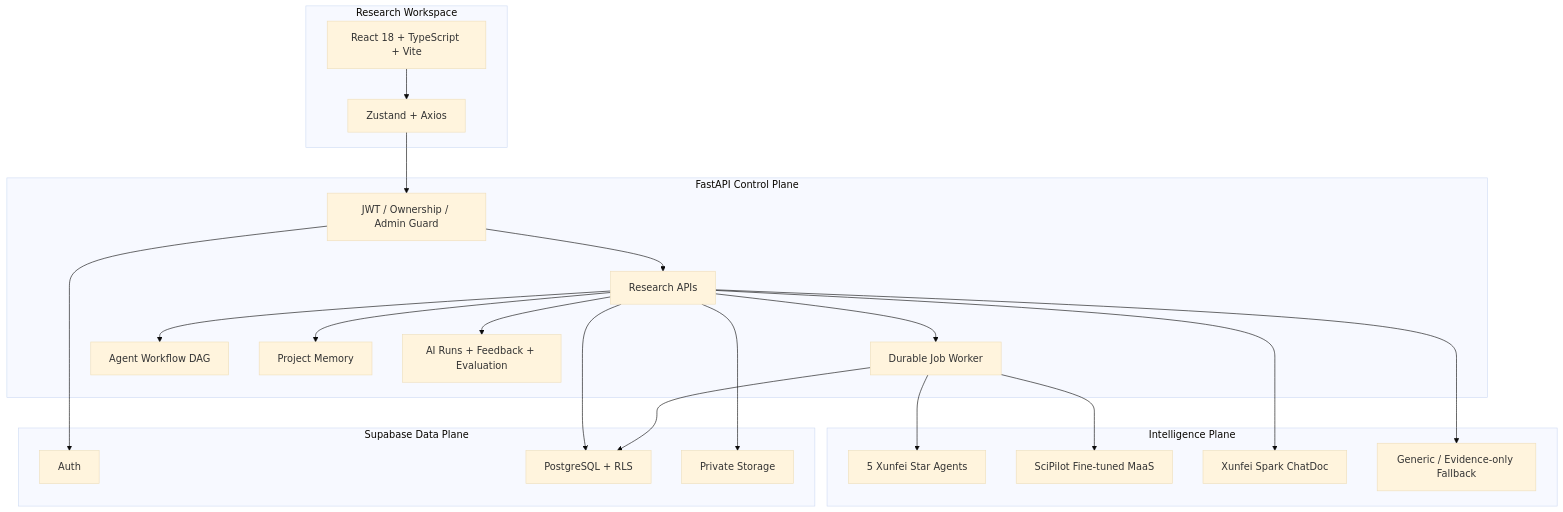
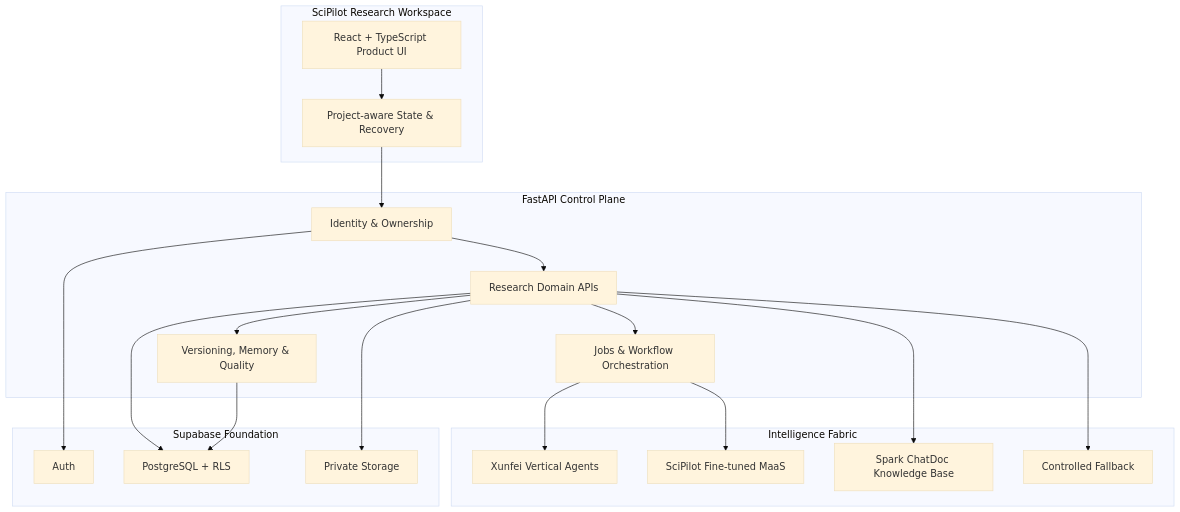
Before and after one commit to telitor/SciPilot: the third of 3 diagrams in README.md, drawn with Mermaid (base theme). The commit also changed other lines of this file, not shown here.

Commit message:
docs: present SciPilot as a research operating system

````diff
--- a/README.md
+++ b/README.md
@@ -229,44 +219,40 @@
 ```mermaid
 flowchart TB
-    subgraph Client["Research Workspace"]
-        UI["React 18 + TypeScript + Vite"]
-        State["Zustand + Axios"]
+    subgraph Workspace["SciPilot Research Workspace"]
+        Product["React + TypeScript Product UI"]
+        State["Project-aware State & Recovery"]
     end
 
-    subgraph API["FastAPI Control Plane"]
-        Auth["JWT / Ownership / Admin Guard"]
-        Routes["Research APIs"]
-        Jobs["Durable Job Worker"]
-        Flow["Agent Workflow DAG"]
-        Memory["Project Memory"]
-        Observe["AI Runs + Feedback + Evaluation"]
+    subgraph Control["FastAPI Control Plane"]
+        Identity["Identity & Ownership"]
+        Research["Research Domain APIs"]
+        Orchestration["Jobs & Workflow Orchestration"]
+        Governance["Versioning, Memory & Quality"]
     end
 
-    subgraph Intelligence["Intelligence Plane"]
-        Agents["5 Xunfei Star Agents"]
-        FT["SciPilot Fine-tuned MaaS"]
-        KB["Xunfei Spark ChatDoc"]
-        Safe["Generic / Evidence-only Fallback"]
+    subgraph Intelligence["Intelligence Fabric"]
+        Vertical["Xunfei Vertical Agents"]
+        FineTuned["SciPilot Fine-tuned MaaS"]
+        Knowledge["Spark ChatDoc Knowledge Base"]
+        Fallback["Controlled Fallback"]
     end
 
-    subgraph Data["Supabase Data Plane"]
-        SA["Auth"]
-        DB["PostgreSQL + RLS"]
-        Store["Private Storage"]
+    subgraph Foundation["Supabase Foundation"]
+        Auth["Auth"]
+        Database["PostgreSQL + RLS"]
+        Storage["Private Storage"]
     end
 
-    UI --> State --> Auth
-    Auth --> Routes
-    Routes --> Jobs
-    Routes --> Flow
-    Routes --> Memory
-    Routes --> Observe
-    Jobs --> Agents
-    Jobs --> FT
-    Routes --> KB
-    Routes --> Safe
-    Auth --> SA
-    Routes --> DB
-    Jobs --> DB
-    Routes --> Store
+    Product --> State --> Identity
+    Identity --> Research
+    Research --> Orchestration
+    Research --> Governance
+    Orchestration --> Vertical
+    Orchestration --> FineTuned
+    Research --> Knowledge
+    Research --> Fallback
+    Identity --> Auth
+    Research --> Database
+    Governance --> Database
+    Research --> Storage
 ```
````
